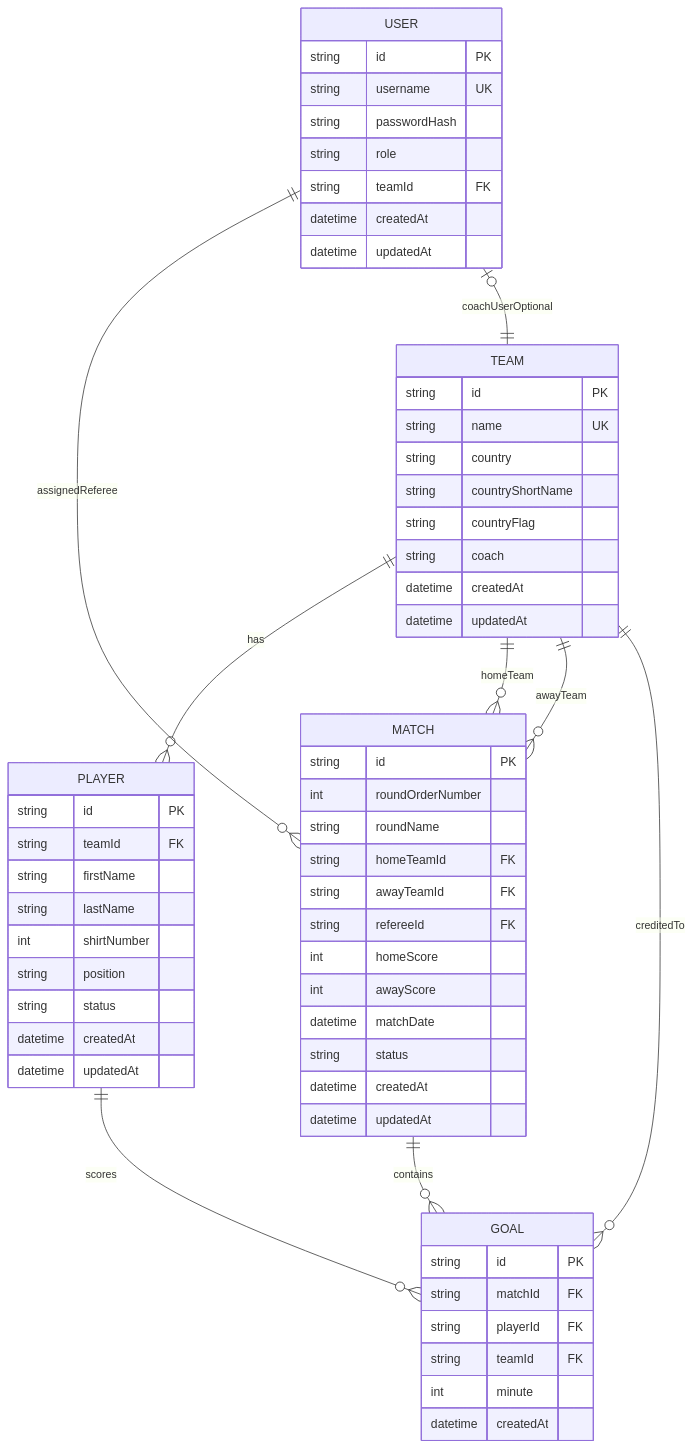
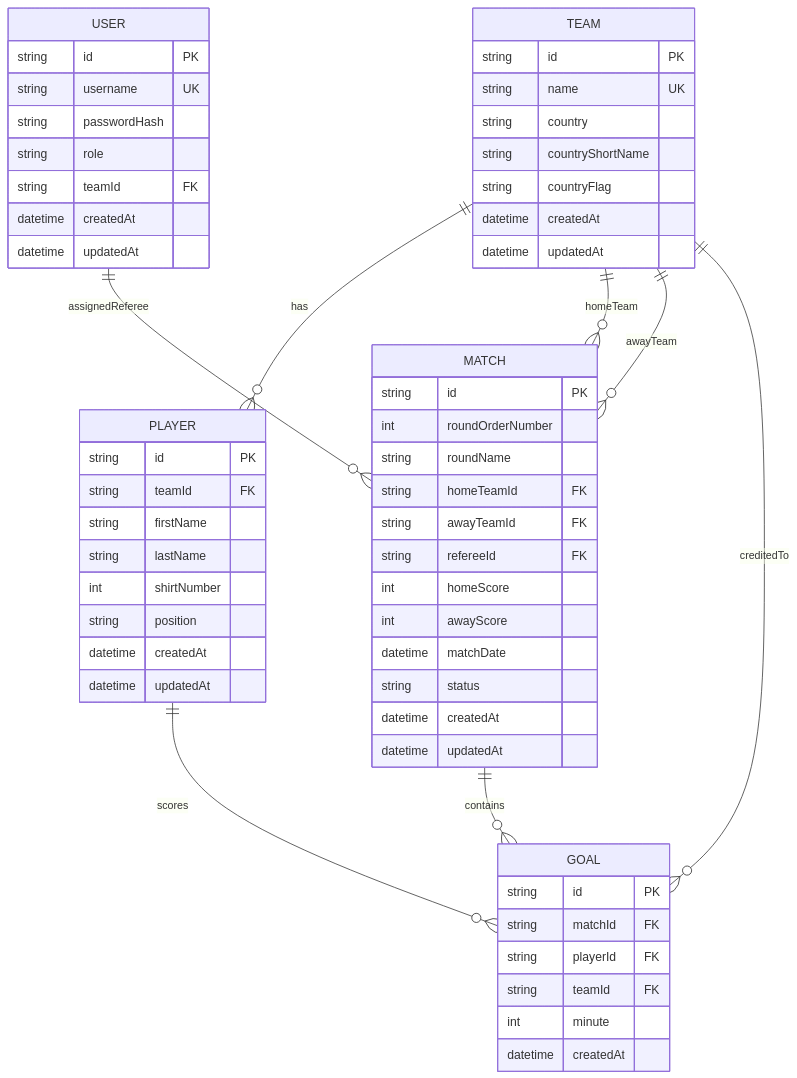
Before and after one commit to sanderkerkhofs/worldcup-manager-2026: the diagram in documenation/02-data-model-erd.md, drawn with Mermaid. The commit also changed other lines of this file and 51 other files, not shown here.

````diff
--- a/documenation/02-data-model-erd.md
+++ b/documenation/02-data-model-erd.md
@@ -19,68 +19,65 @@
 ```mermaid
 erDiagram
     USER {
         string id PK
         string username UK
         string passwordHash
         string role
         string teamId FK
         datetime createdAt
         datetime updatedAt
     }
 
     TEAM {
         string id PK
         string name UK
         string country
         string countryShortName
         string countryFlag
-        string coach
         datetime createdAt
         datetime updatedAt
     }
 
     PLAYER {
         string id PK
         string teamId FK
         string firstName
         string lastName
         int shirtNumber
         string position
-        string status
         datetime createdAt
         datetime updatedAt
     }
 
     MATCH {
         string id PK
         int roundOrderNumber
         string roundName
         string homeTeamId FK
         string awayTeamId FK
         string refereeId FK
         int homeScore
         int awayScore
         datetime matchDate
         string status
         datetime createdAt
         datetime updatedAt
     }
 
     GOAL {
         string id PK
         string matchId FK
         string playerId FK
         string teamId FK
         int minute
         datetime createdAt
     }
 
     TEAM ||--o{ PLAYER : has
     TEAM ||--o{ MATCH : homeTeam
     TEAM ||--o{ MATCH : awayTeam
     USER ||--o{ MATCH : assignedReferee
-    USER o|--|| TEAM : coachUserOptional
     MATCH ||--o{ GOAL : contains
     PLAYER ||--o{ GOAL : scores
     TEAM ||--o{ GOAL : creditedTo
 ```
````
